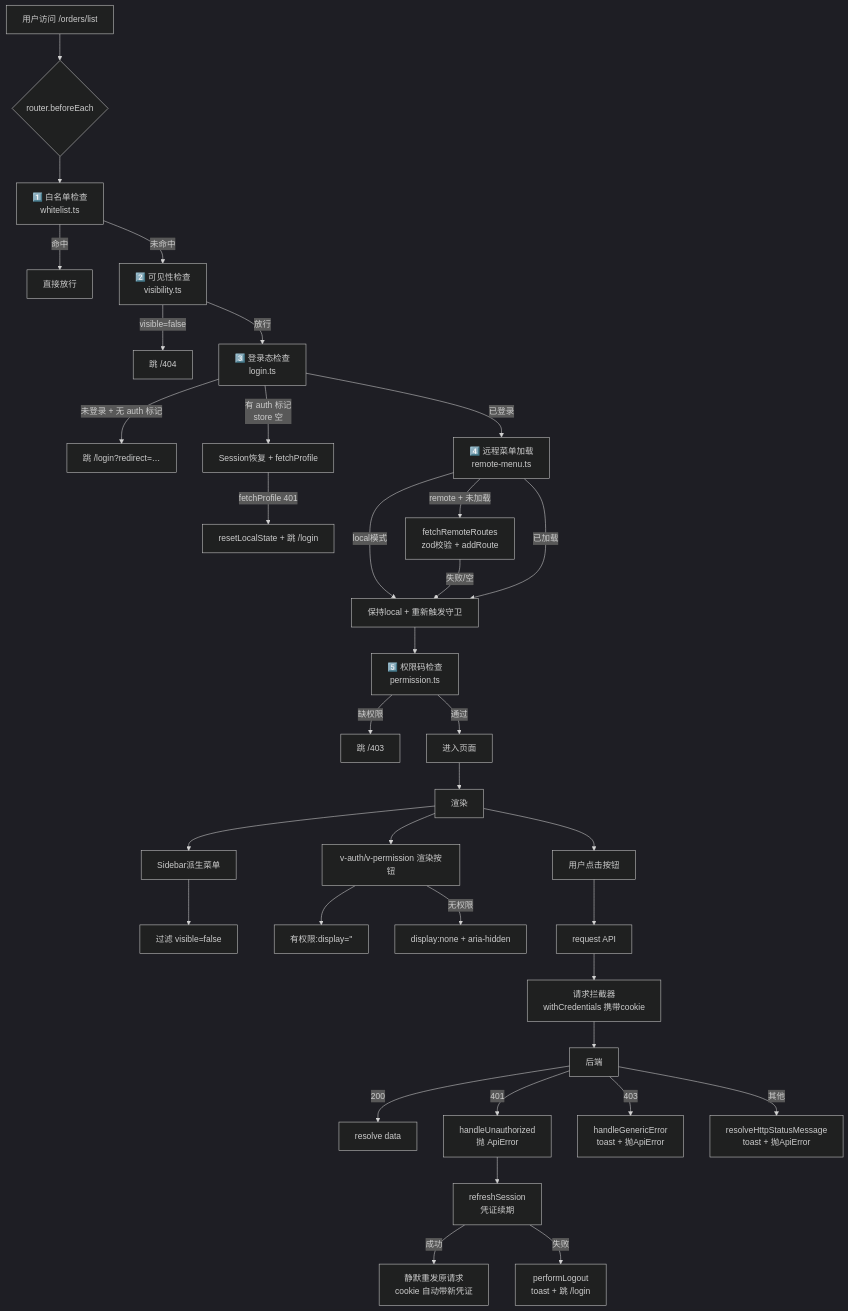
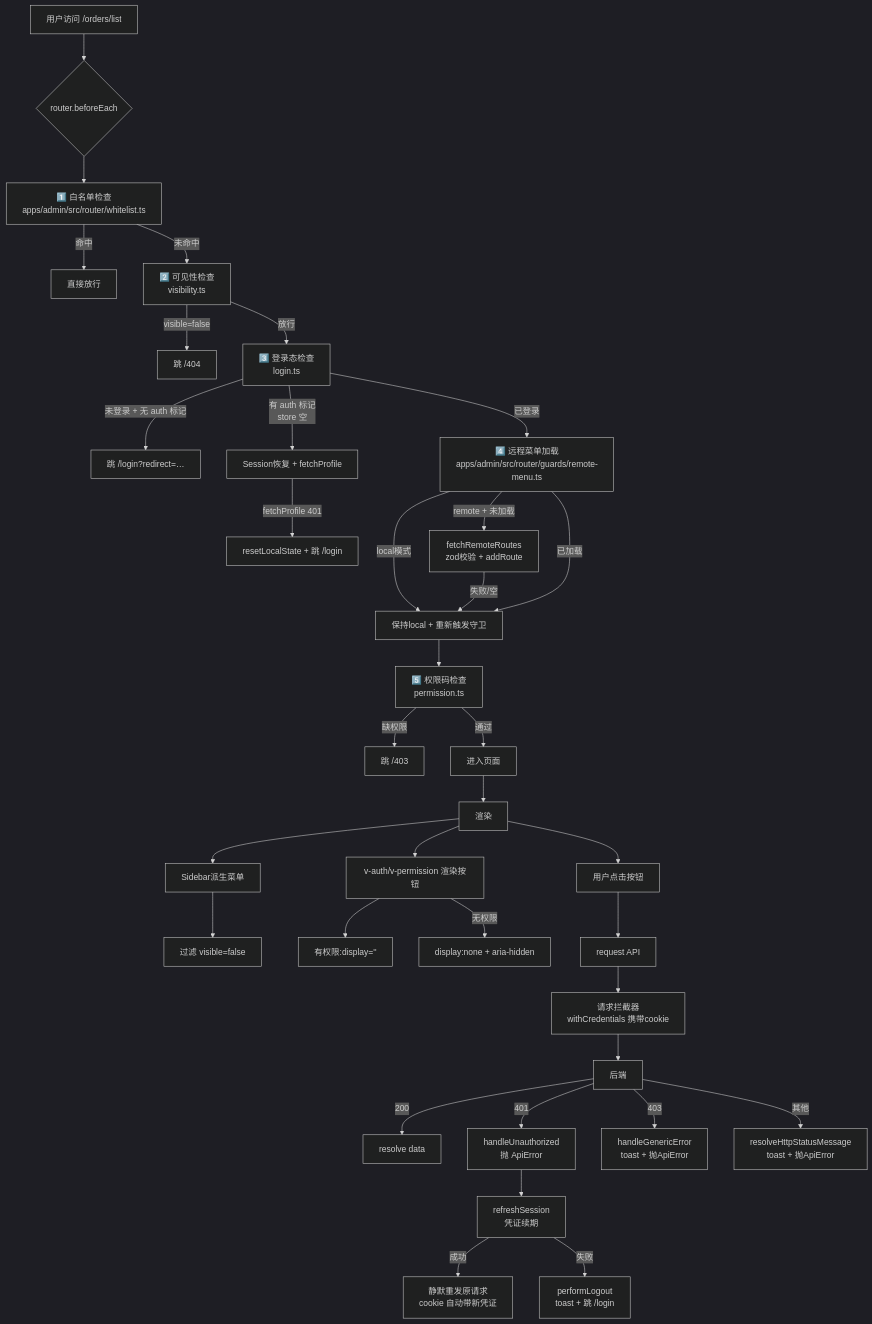
One commit to Mr-Super-X/vue3-vite-project changed the first of 7 diagrams in docs/23-权限设计.md. Above: the diagram before and after it, drawn with Mermaid (dark theme). The commit also changed other lines of this file and 9 other files, not shown here.

````diff
--- a/docs/23-权限设计.md
+++ b/docs/23-权限设计.md
@@ -32,37 +32,37 @@
 ```mermaid
 flowchart TD
   A[用户访问 /orders/list] --> B{router.beforeEach}
-  B --> C[1️⃣ 白名单检查<br/>whitelist.ts]
+  B --> C[1️⃣ 白名单检查<br/>apps/admin/src/router/whitelist.ts]
   C -->|命中| Z[直接放行]
   C -->|未命中| D[2️⃣ 可见性检查<br/>visibility.ts]
   D -->|visible=false| E[跳 /404]
   D -->|放行| F[3️⃣ 登录态检查<br/>login.ts]
   F -->|未登录 + 无 auth 标记| G[跳 /login?redirect=…]
   F -->|有 auth 标记<br/>store 空| H[Session恢复 + fetchProfile]
   H -->|fetchProfile 401| G2[resetLocalState + 跳 /login]
-  F -->|已登录| I[4️⃣ 远程菜单加载<br/>remote-menu.ts]
+  F -->|已登录| I[4️⃣ 远程菜单加载<br/>apps/admin/src/router/guards/remote-menu.ts]
   I -->|local模式| K
   I -->|remote + 未加载| J[fetchRemoteRoutes<br/>zod校验 + addRoute]
   J -->|失败/空| K[保持local + 重新触发守卫]
   I -->|已加载| K
   K --> L[5️⃣ 权限码检查<br/>permission.ts]
   L -->|缺权限| M[跳 /403]
   L -->|通过| N[进入页面]
   N --> O[渲染]
   O --> P[Sidebar派生菜单]
   P --> Q[过滤 visible=false]
   O --> R[v-auth/v-permission 渲染按钮]
   R --> S[有权限:display='']
   R -->|无权限| T[display:none + aria-hidden]
   O --> U[用户点击按钮]
   U --> V[request<T> API]
   V --> W[请求拦截器<br/>withCredentials 携带cookie]
   W --> X[后端]
   X -->|200| Y[resolve data]
   X -->|401| AA[handleUnauthorized<br/>抛 ApiError]
   AA --> AB[refreshSession<br/>凭证续期]
   AB -->|成功| AC[静默重发原请求<br/>cookie 自动带新凭证]
   AB -->|失败| AD[performLogout<br/>toast + 跳 /login]
   X -->|403| AE[handleGenericError<br/>toast + 抛ApiError]
   X -->|其他| AF[resolveHttpStatusMessage<br/>toast + 抛ApiError]
 ```
````
